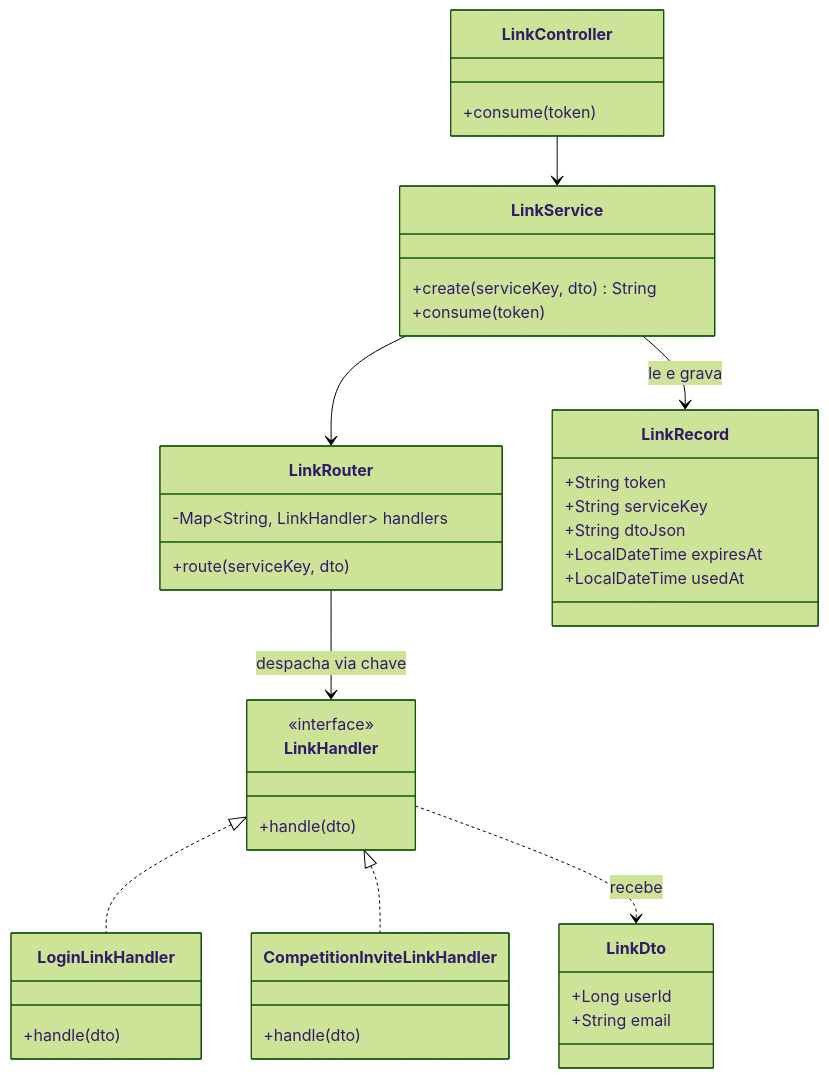
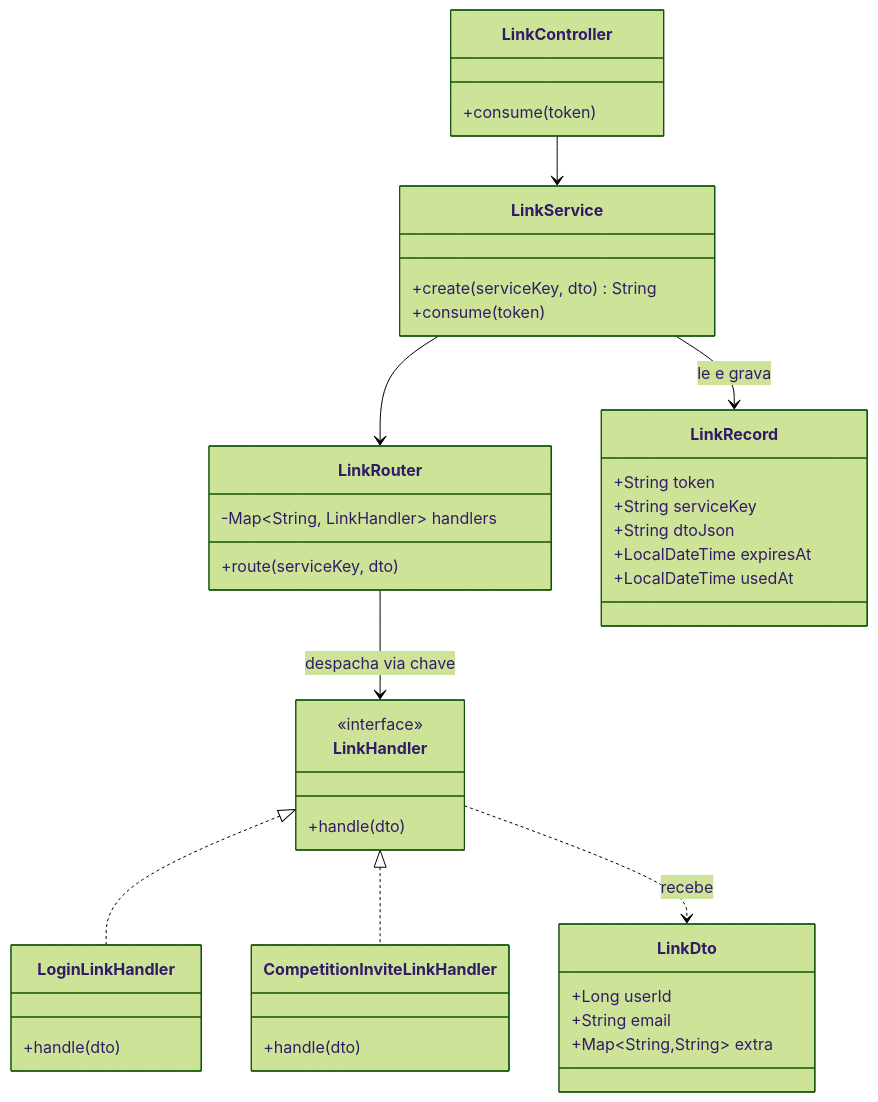
The second of 2 diagrams in specs/05-003-desacoplamento-login-link/spec.md (lalgarve/jogo-acoes), drawn with Mermaid (forest theme) before and after one commit. The commit also changed other lines of this file, not shown here.

````diff
--- a/specs/05-003-desacoplamento-login-link/spec.md
+++ b/specs/05-003-desacoplamento-login-link/spec.md
@@ -132,43 +131,44 @@
 ```mermaid
 classDiagram
     class LinkController {
         +consume(token)
     }
     class LinkService {
         +create(serviceKey, dto) String
         +consume(token)
     }
     class LinkRouter {
         -Map~String, LinkHandler~ handlers
         +route(serviceKey, dto)
     }
     class LinkRecord {
         +String token
         +String serviceKey
         +String dtoJson
         +LocalDateTime expiresAt
         +LocalDateTime usedAt
     }
     class LinkHandler {
         <<interface>>
         +handle(dto)
     }
     class LinkDto {
         +Long userId
         +String email
+        +Map~String,String~ extra
     }
     class LoginLinkHandler {
         +handle(dto)
     }
     class CompetitionInviteLinkHandler {
         +handle(dto)
     }
 
     LinkController --> LinkService
     LinkService --> LinkRecord : le e grava
     LinkService --> LinkRouter
     LinkRouter --> LinkHandler : despacha via chave
     LinkHandler <|.. LoginLinkHandler
     LinkHandler <|.. CompetitionInviteLinkHandler
     LinkHandler ..> LinkDto : recebe
 ```
````
